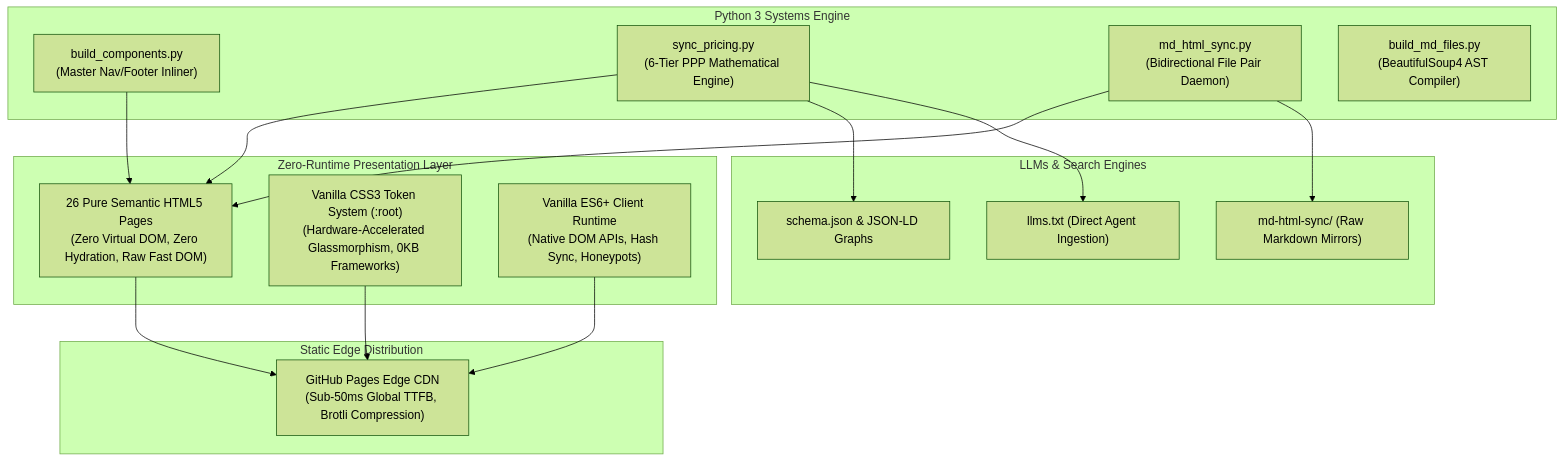
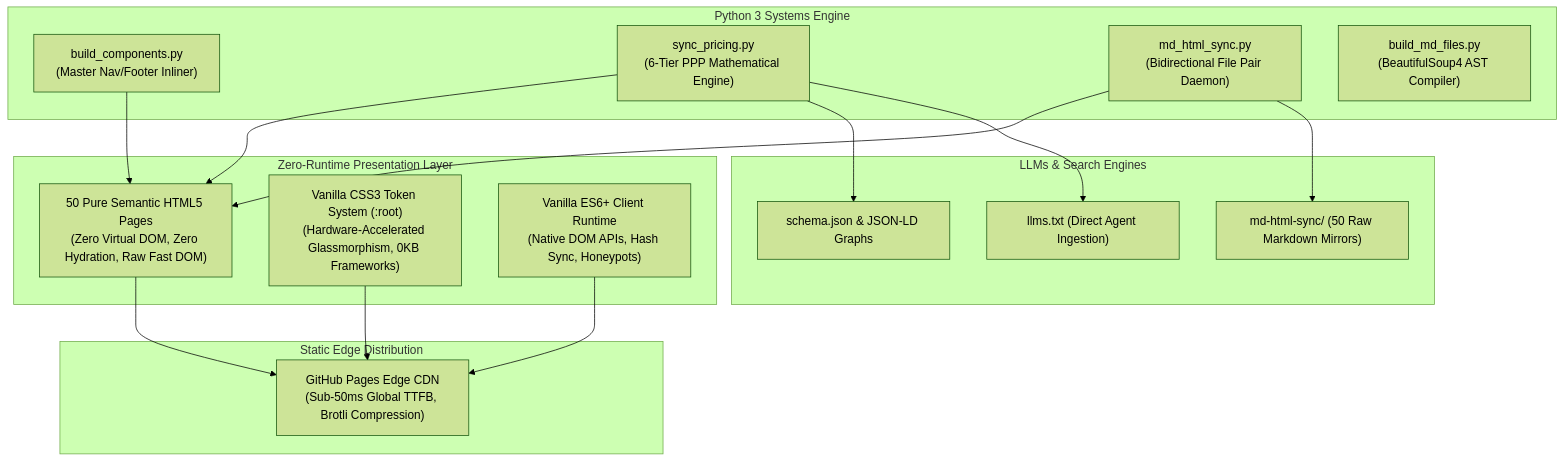
The first of 3 diagrams in TECH-STACK.md (thomascherickal/thomascherickal.github.io), drawn with Mermaid (forest theme) before and after one commit. The commit also changed other lines of this file and 20 other files, not shown here.

````diff
--- a/TECH-STACK.md
+++ b/TECH-STACK.md
@@ -30,35 +30,35 @@
 ```mermaid
 graph TD
   subgraph Client Browser [Zero-Runtime Presentation Layer]
-    HTML["26 Pure Semantic HTML5 Pages<br/>(Zero Virtual DOM, Zero Hydration, Raw Fast DOM)"]
+    HTML["50 Pure Semantic HTML5 Pages<br/>(Zero Virtual DOM, Zero Hydration, Raw Fast DOM)"]
     CSS["Vanilla CSS3 Token System (:root)<br/>(Hardware-Accelerated Glassmorphism, 0KB Frameworks)"]
     JS["Vanilla ES6+ Client Runtime<br/>(Native DOM APIs, Hash Sync, Honeypots)"]
   end
 
   subgraph Server & Edge CDN [Static Edge Distribution]
     CDN["GitHub Pages Edge CDN<br/>(Sub-50ms Global TTFB, Brotli Compression)"]
   end
 
   subgraph Automation Pipeline [Python 3 Systems Engine]
     Build["build_components.py<br/>(Master Nav/Footer Inliner)"]
     Pricing["sync_pricing.py<br/>(6-Tier PPP Mathematical Engine)"]
     Sync["md_html_sync.py<br/>(Bidirectional File Pair Daemon)"]
     AST["build_md_files.py<br/>(BeautifulSoup4 AST Compiler)"]
   end
 
   subgraph External Consumers [LLMs & Search Engines]
     LDJSON["schema.json & JSON-LD Graphs"]
     LLMS["llms.txt (Direct Agent Ingestion)"]
-    MD["md-html-sync/ (Raw Markdown Mirrors)"]
+    MD["md-html-sync/ (50 Raw Markdown Mirrors)"]
   end
 
   HTML --> CDN
   CSS --> CDN
   JS --> CDN
   Build --> HTML
   Pricing --> HTML
   Pricing --> LDJSON
   Pricing --> LLMS
   Sync --> HTML
   Sync --> MD
 ```
````
